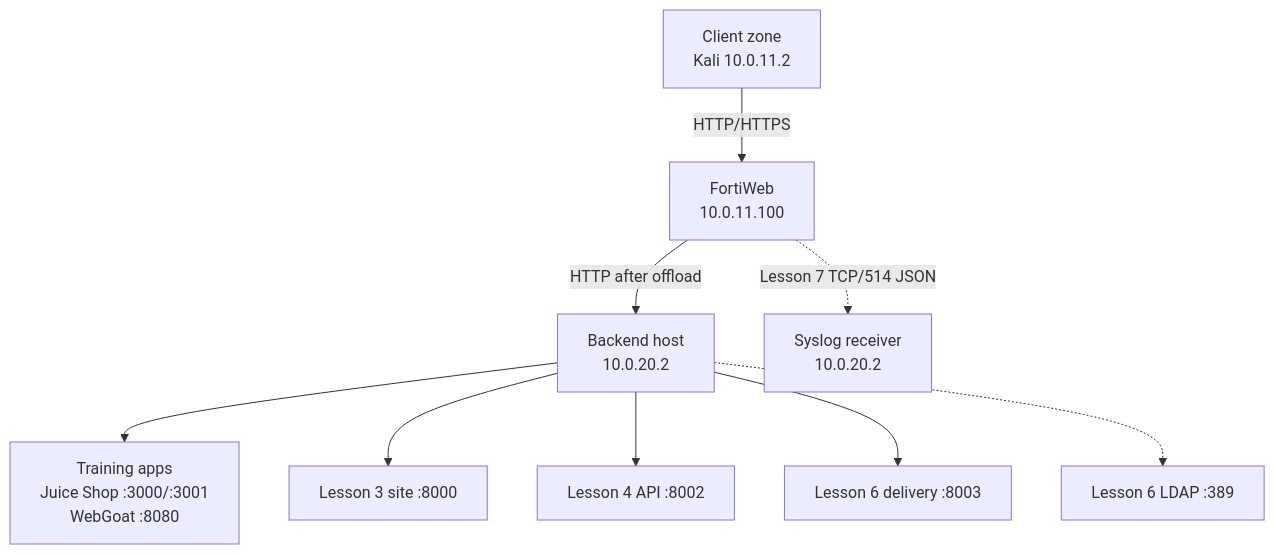
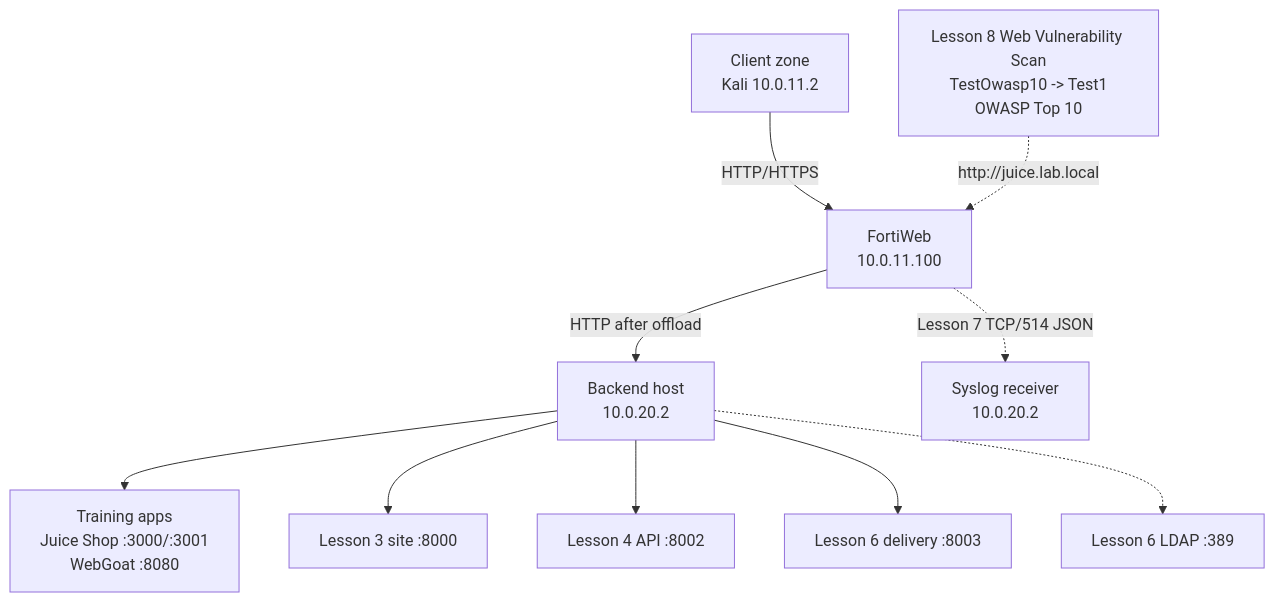
The diagram in docs/architecture.md (abdelrahmanelkady777/fortiweb-waf-security-lab), drawn with Mermaid before and after one commit. The commit also changed other lines of this file and 25 other files, not shown here.

````diff
--- a/docs/architecture.md
+++ b/docs/architecture.md
@@ -11,11 +11,12 @@
 ```mermaid
 flowchart TB
     C["Client zone<br/>Kali 10.0.11.2"] -->|"HTTP/HTTPS"| W["FortiWeb<br/>10.0.11.100"]
+    V8["Lesson 8 Web Vulnerability Scan<br/>TestOwasp10 -> Test1<br/>OWASP Top 10"] -.->|"http://juice.lab.local"| W
     W -->|"HTTP after offload"| B["Backend host<br/>10.0.20.2"]
     B --> A1["Training apps<br/>Juice Shop :3000/:3001<br/>WebGoat :8080"]
     B --> A3["Lesson 3 site :8000"]
     B --> A4["Lesson 4 API :8002"]
     B --> A6["Lesson 6 delivery :8003"]
     B -.-> L6["Lesson 6 LDAP :389"]
     W -.->|"Lesson 7 TCP/514 JSON"| S7["Syslog receiver<br/>10.0.20.2"]
 ```
````
